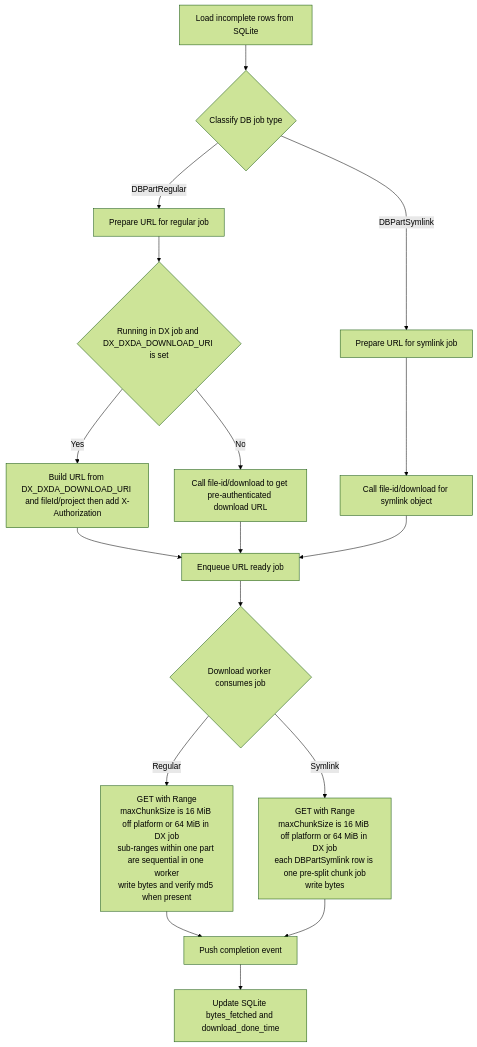
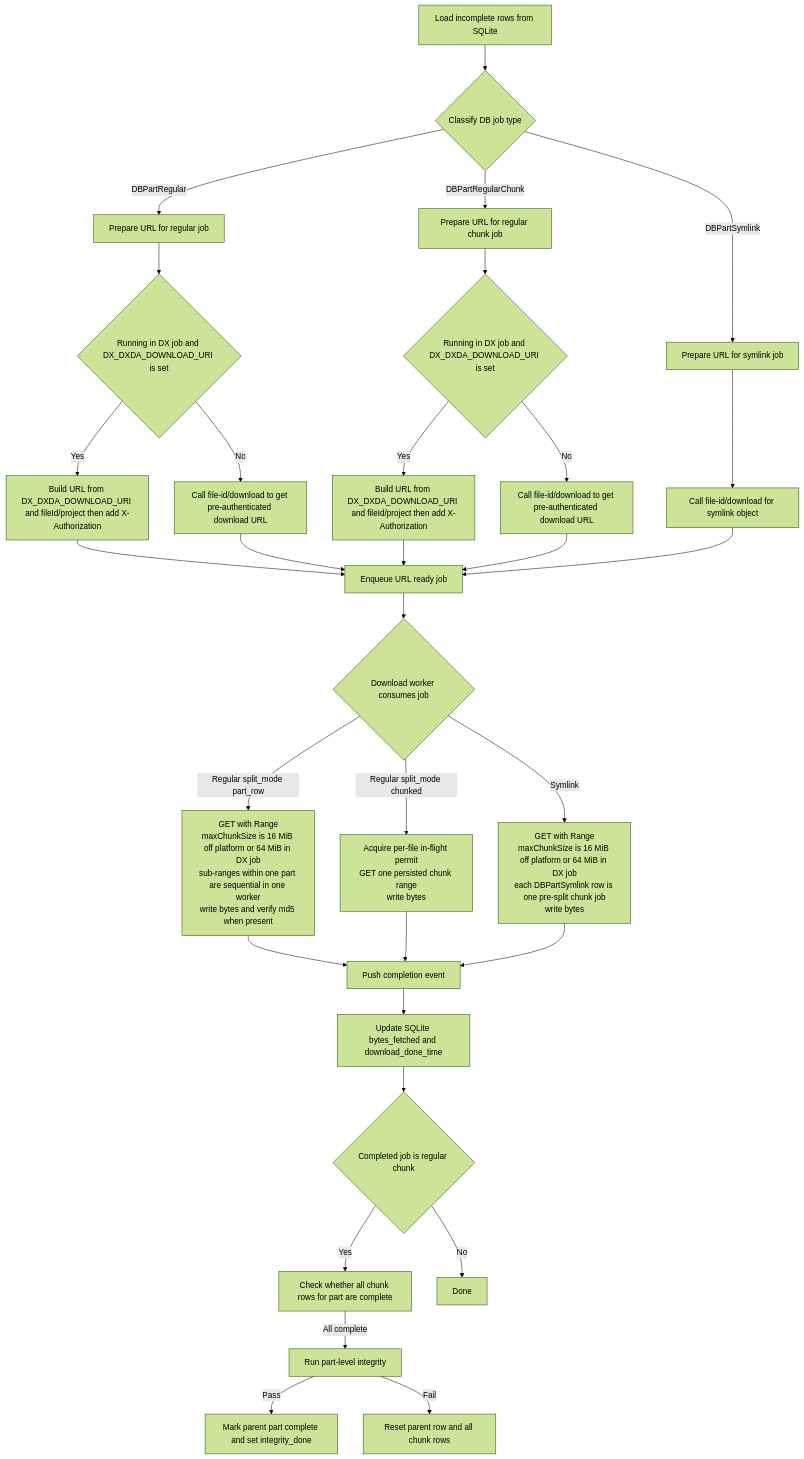
The third of 4 diagrams in doc/DXDA_DOWNLOAD_FLOW.md (dnanexus/dxda), drawn with Mermaid (forest theme) before and after one commit. The commit also changed other lines of this file, not shown here.

````diff
--- a/doc/DXDA_DOWNLOAD_FLOW.md
+++ b/doc/DXDA_DOWNLOAD_FLOW.md
@@ -194,25 +228,40 @@
 ```mermaid
 flowchart TD
     A[Load incomplete rows from SQLite] --> B{Classify DB job type}
 
     B -->|DBPartRegular| R1[Prepare URL for regular job]
+    B -->|DBPartRegularChunk| C1[Prepare URL for regular chunk job]
     B -->|DBPartSymlink| S1[Prepare URL for symlink job]
 
     R1 --> R2{Running in DX job and DX_DXDA_DOWNLOAD_URI is set}
     R2 -->|Yes| R3[Build URL from DX_DXDA_DOWNLOAD_URI and fileId/project then add X-Authorization]
     R2 -->|No| R4[Call file-id/download to get pre-authenticated download URL]
 
     S1 --> S2[Call file-id/download for symlink object]
 
+    C1 --> C2{Running in DX job and DX_DXDA_DOWNLOAD_URI is set}
+    C2 -->|Yes| C3[Build URL from DX_DXDA_DOWNLOAD_URI and fileId/project then add X-Authorization]
+    C2 -->|No| C4[Call file-id/download to get pre-authenticated download URL]
+
     R3 --> Q[Enqueue URL ready job]
     R4 --> Q
+    C3 --> Q
+    C4 --> Q
     S2 --> Q
 
     Q --> D{Download worker consumes job}
-    D -->|Regular| DR[GET with Range\nmaxChunkSize is 16 MiB off platform or 64 MiB in DX job\nsub-ranges within one part are sequential in one worker\nwrite bytes and verify md5 when present]
+    D -->|Regular split_mode part_row| DR[GET with Range\nmaxChunkSize is 16 MiB off platform or 64 MiB in DX job\nsub-ranges within one part are sequential in one worker\nwrite bytes and verify md5 when present]
+    D -->|Regular split_mode chunked| DC[Acquire per-file in-flight permit\nGET one persisted chunk range\nwrite bytes]
     D -->|Symlink| DS[GET with Range\nmaxChunkSize is 16 MiB off platform or 64 MiB in DX job\neach DBPartSymlink row is one pre-split chunk job\nwrite bytes]
 
     DR --> U[Push completion event]
+    DC --> U
     DS --> U
     U --> V[Update SQLite bytes_fetched and download_done_time]
+    V --> F{Completed job is regular chunk}
+    F -->|Yes| G[Check whether all chunk rows for part are complete]
+    G -->|All complete| H[Run part-level integrity]
+    H -->|Pass| I[Mark parent part complete and set integrity_done]
+    H -->|Fail| J[Reset parent row and all chunk rows]
+    F -->|No| K[Done]
 ```
````
